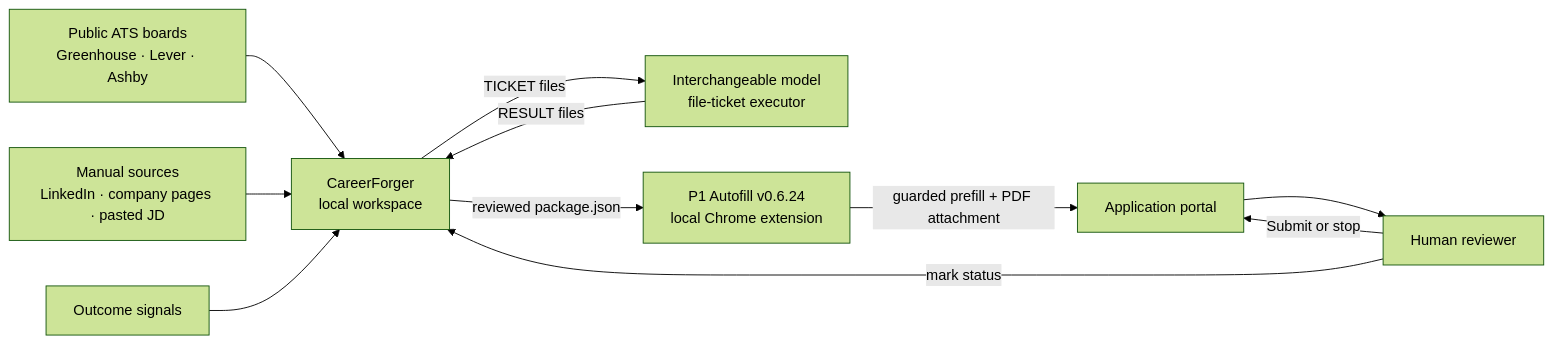
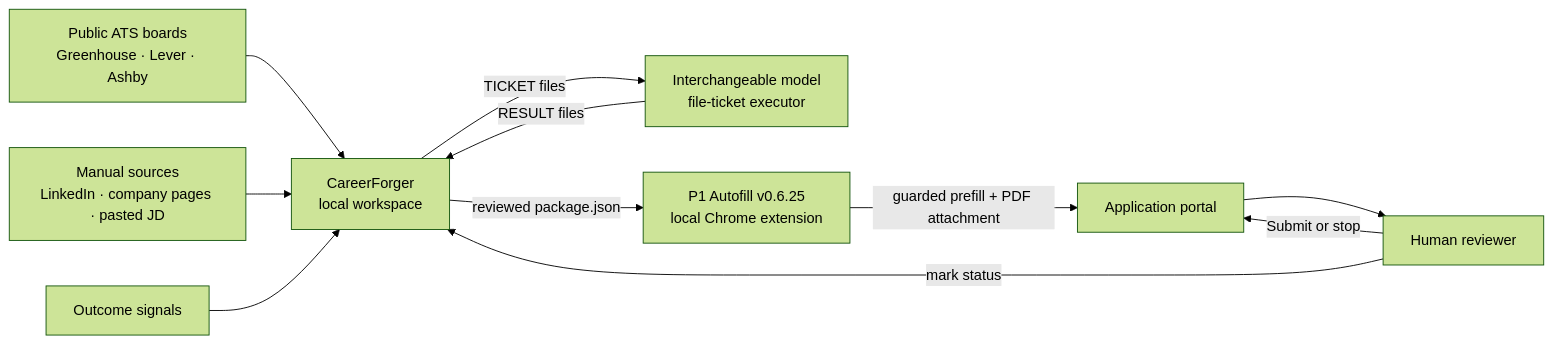
The first of 4 diagrams in docs/ARCHITECTURE.md (devothamgn321/CareerForger), drawn with Mermaid (forest theme) before and after one commit. The commit also changed other lines of this file and 11 other files, not shown here.

````diff
--- a/docs/ARCHITECTURE.md
+++ b/docs/ARCHITECTURE.md
@@ -117,22 +117,22 @@
 ```mermaid
 flowchart LR
     ATS[Public ATS boards<br/>Greenhouse · Lever · Ashby]
     MANUAL[Manual sources<br/>LinkedIn · company pages · pasted JD]
     CF[CareerForger<br/>local workspace]
     MODEL[Interchangeable model<br/>file-ticket executor]
-    EXT[P1 Autofill v0.6.24<br/>local Chrome extension]
+    EXT[P1 Autofill v0.6.25<br/>local Chrome extension]
     PORTAL[Application portal]
     HUMAN[Human reviewer]
     OUTCOME[Outcome signals]
 
     ATS --> CF
     MANUAL --> CF
     CF -->|TICKET files| MODEL
     MODEL -->|RESULT files| CF
     CF -->|reviewed package.json| EXT
     EXT -->|guarded prefill + PDF attachment| PORTAL
     PORTAL --> HUMAN
     HUMAN -->|Submit or stop| PORTAL
     HUMAN -->|mark status| CF
     OUTCOME --> CF
 ```
````
